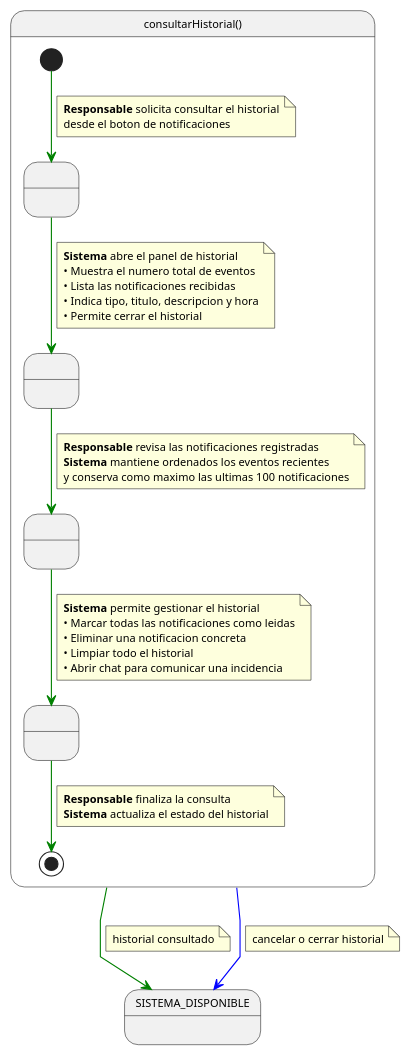
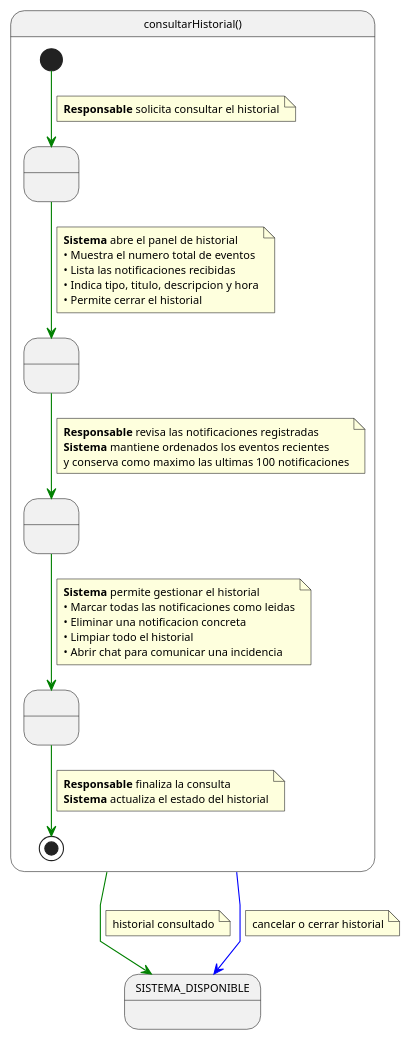
One commit to RaulPlayo/TFG-RaulPelayoParaja changed the diagram in codigoFuente/consultarHistorial.puml. Above: the diagram before and after it, drawn with PlantUML. The commit also changed 4 other files, not shown here.

```diff
--- a/codigoFuente/consultarHistorial.puml
+++ b/codigoFuente/consultarHistorial.puml
@@ -1,61 +1,60 @@
 @startuml ConsultarHistorial
 
 skinparam linetype polyline
 skinparam defaultFontName Arial
 skinparam defaultFontSize 10
 
 state consultarHistorial as "consultarHistorial()" {
   state " " as SolicitandoHistorial
   state " " as MostrandoEventos
   state " " as RevisandoNotificaciones
   state " " as GestionandoHistorial
 
   [*] -[#green]-> SolicitandoHistorial
   note on link
     <b>Responsable</b> solicita consultar el historial
-    desde el boton de notificaciones
   end note
 
   SolicitandoHistorial -[#green]-> MostrandoEventos
   note on link
     <b>Sistema</b> abre el panel de historial
     • Muestra el numero total de eventos
     • Lista las notificaciones recibidas
     • Indica tipo, titulo, descripcion y hora
     • Permite cerrar el historial
   end note
 
   MostrandoEventos -[#green]-> RevisandoNotificaciones
   note on link
     <b>Responsable</b> revisa las notificaciones registradas
     <b>Sistema</b> mantiene ordenados los eventos recientes
     y conserva como maximo las ultimas 100 notificaciones
   end note
 
   RevisandoNotificaciones -[#green]-> GestionandoHistorial
   note on link
     <b>Sistema</b> permite gestionar el historial
     • Marcar todas las notificaciones como leidas
     • Eliminar una notificacion concreta
     • Limpiar todo el historial
     • Abrir chat para comunicar una incidencia
   end note
 
   GestionandoHistorial -[#green]-> [*]
   note on link
     <b>Responsable</b> finaliza la consulta
     <b>Sistema</b> actualiza el estado del historial
   end note
 }
 
 consultarHistorial -[#green]-> SISTEMA_DISPONIBLE
 note on link
   historial consultado
 end note
 
 consultarHistorial -[#blue]-> SISTEMA_DISPONIBLE
 note on link
   cancelar o cerrar historial
 end note
 
 @enduml
```
